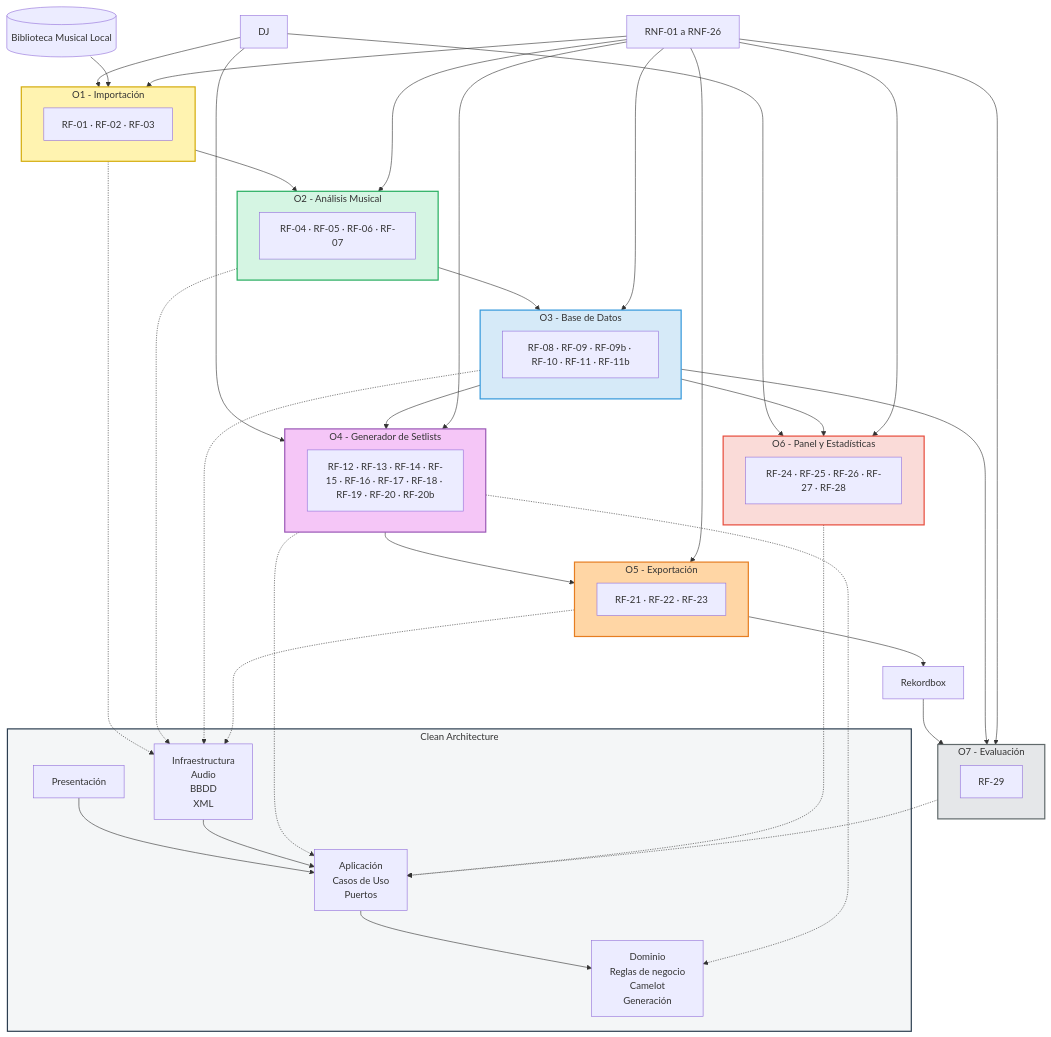
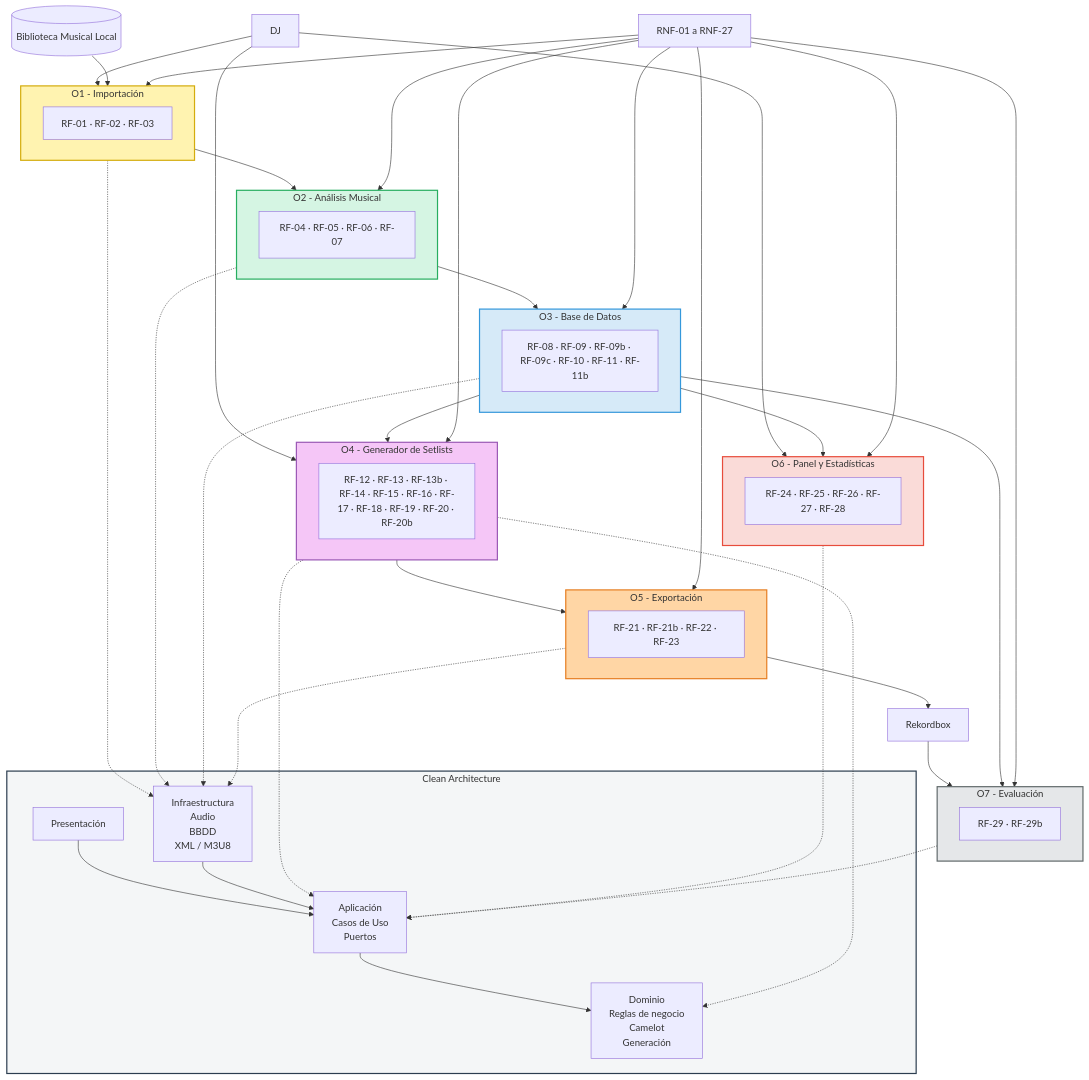
One commit to pabloo806/Trabajo-de-Fin-de-Grado changed the fourth of 4 diagrams in docs/requirements/requirements.md. Above: the diagram before and after it, drawn with Mermaid. The commit also changed other lines of this file, not shown here.

```diff
--- a/docs/requirements/requirements.md
+++ b/docs/requirements/requirements.md
@@ -435,15 +486,15 @@
     end
 
     subgraph O3["O3 - Base de Datos"]
-        RF3["RF-08 · RF-09 · RF-09b · RF-10 · RF-11 · RF-11b"]
+        RF3["RF-08 · RF-09 · RF-09b · RF-09c · RF-10 · RF-11 · RF-11b"]
     end
 
     subgraph O4["O4 - Generador de Setlists"]
-        RF4["RF-12 · RF-13 · RF-14 · RF-15 · RF-16 · RF-17 · RF-18 · RF-19 · RF-20 · RF-20b"]
+        RF4["RF-12 · RF-13 · RF-13b · RF-14 · RF-15 · RF-16 · RF-17 · RF-18 · RF-19 · RF-20 · RF-20b"]
     end
 
     subgraph O5["O5 - Exportación"]
-        RF5["RF-21 · RF-22 · RF-23"]
+        RF5["RF-21 · RF-21b · RF-22 · RF-23"]
     end
 
     subgraph O6["O6 - Panel y Estadísticas"]
@@ -451,7 +502,7 @@
     end
 
     subgraph O7["O7 - Evaluación"]
-        RF7["RF-29"]
+        RF7["RF-29 · RF-29b"]
     end
 
     DJ --> O1
@@ -488,7 +539,7 @@
         I["Infraestructura
         Audio
         BBDD
-        XML"]
+        XML / M3U8"]
 
         P --> A
         A --> D
@@ -509,7 +560,7 @@
 
     O7 -.-> A
 
-    RNF["RNF-01 a RNF-26"]
+    RNF["RNF-01 a RNF-27"]
 
     RNF --> O1
     RNF --> O2
```
